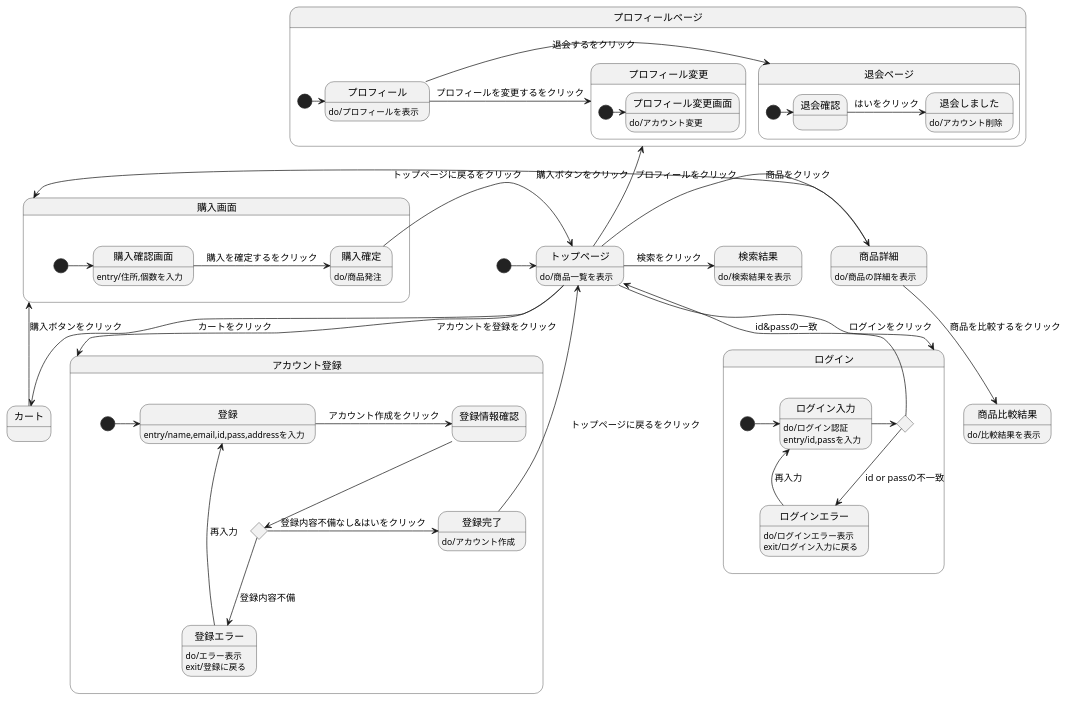
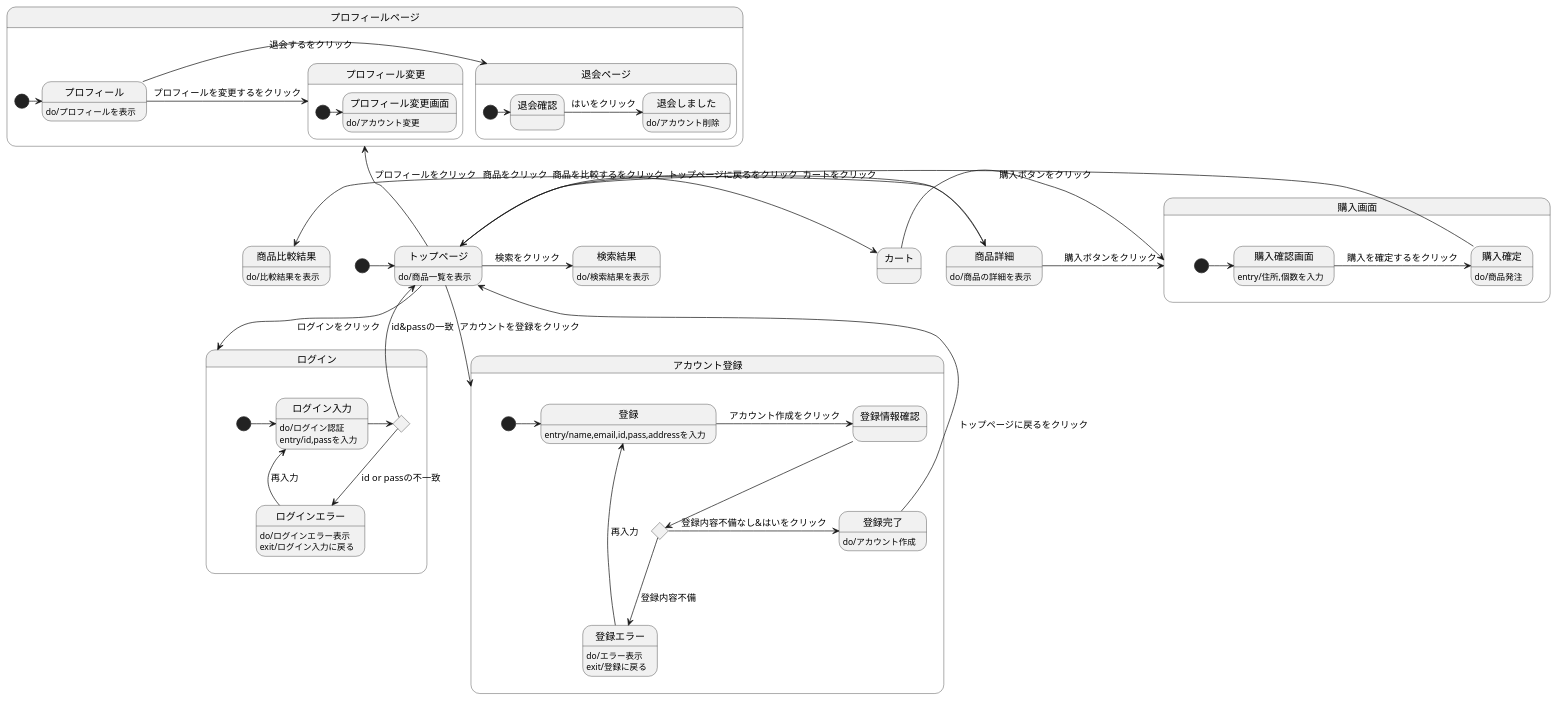
One commit to Aso2001159/2021sys-design changed the diagram in stm01.md. Above: the diagram before and after it, drawn with PlantUML.

````diff
--- a/stm01.md
+++ b/stm01.md
@@ -1,69 +1,69 @@
 ```uml
 
 @startuml
 [*]->トップページ
 トップページ : do/商品一覧を表示
 トップページ->商品詳細 : 商品をクリック
   商品詳細 : do/商品の詳細を表示
-  商品詳細 --> 商品比較結果 : 商品を比較するをクリック
+  商品詳細 -left-> 商品比較結果 : 商品を比較するをクリック
   商品比較結果 : do/比較結果を表示
   商品詳細-> 購入画面 :　購入ボタンをクリック
 トップページ-down->ログイン :ログインをクリック
 state ログイン{
   state r確認 <<choice>>
   [*] -> ログイン入力 
   ログイン入力 : do/ログイン認証
   ログイン入力 : entry/id,passを入力
   ログイン入力 -> r確認
   r確認 -> トップページ : id&passの一致
    r確認 --> ログインエラー : id or passの不一致
     ログインエラー :do/ログインエラー表示
     ログインエラー : exit/ログイン入力に戻る
   ログインエラー -> ログイン入力 : 再入力
 
 }
-トップページ-->カート :カートをクリック
+トップページ-right->カート :カートをクリック
 カート --> 購入画面 : 購入ボタンをクリック
 state 購入画面{
   [*]-> 購入確認画面
   購入確認画面 : entry/住所,個数を入力
   購入確認画面 -> 購入確定 : 購入を確定するをクリック
   購入確定 : do/商品発注
   購入確定 -> トップページ : トップページに戻るをクリック
 }
 state アカウント登録{
 [*]-> 登録 
   トップページ--> アカウント登録 :アカウントを登録をクリック
   state t確認 <<choice>>
   登録 : entry/name,email,id,pass,addressを入力
   登録 ->登録情報確認: アカウント作成をクリック
   登録情報確認 --> t確認 
   t確認 --> 登録エラー : 登録内容不備
     登録エラー : do/エラー表示
     登録エラー : exit/登録に戻る
    登録エラー -> 登録 : 再入力
   t確認 -> 登録完了: 登録内容不備なし&はいをクリック
     登録完了: do/アカウント作成
     登録完了 -> トップページ : トップページに戻るをクリック
   }
 トップページ->検索結果 :検索をクリック
   検索結果 : do/検索結果を表示
 トップページ-up->プロフィールページ :プロフィールをクリック
 state プロフィールページ{
 [*] -> プロフィール
 プロフィール : do/プロフィールを表示
   プロフィール ->退会ページ :退会するをクリック
   state 退会ページ{
     [*]-> 退会確認 
     退会確認-> 退会しました : はいをクリック
       退会しました : do/アカウント削除
     }
     プロフィール -> プロフィール変更 : プロフィールを変更するをクリック
     state プロフィール変更{
       [*]-> プロフィール変更画面
       プロフィール変更画面 : do/アカウント変更
     }
  }
 @enduml
 
 ```
````
